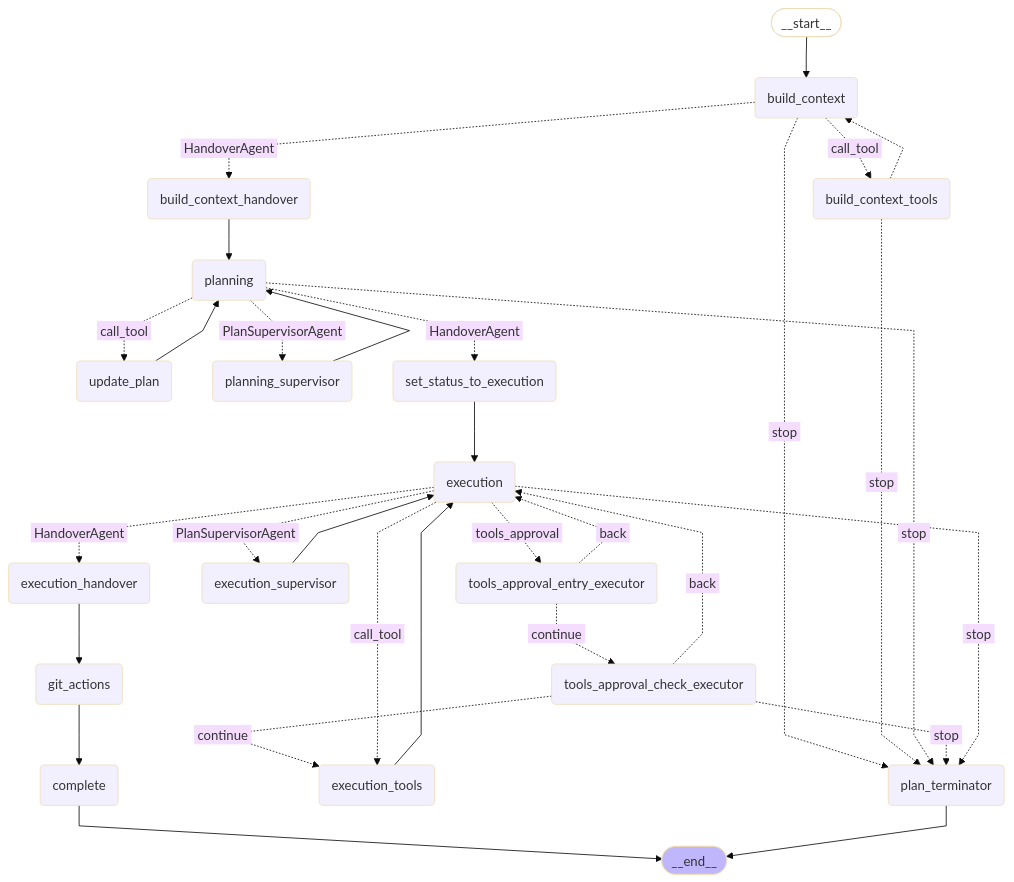
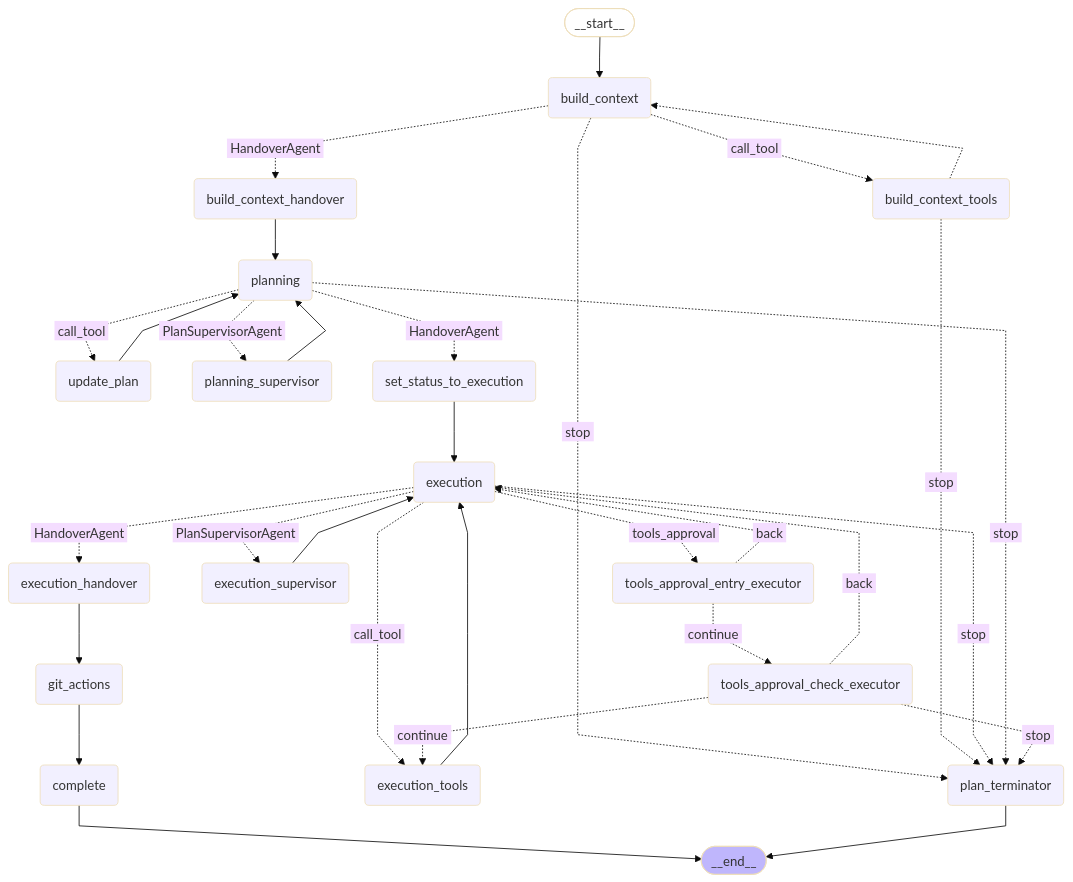
The fifth of 5 diagrams in docs/duo_workflow_service_graphs.md (flyisland/ai-gateway), drawn with Mermaid (base theme) before and after one commit. The commit also changed other lines of this file and 2 other files, not shown here.

````diff
--- a/docs/duo_workflow_service_graphs.md
+++ b/docs/duo_workflow_service_graphs.md
@@ -192,59 +192,59 @@
 ```mermaid
 ---
 config:
   flowchart:
     curve: linear
 ---
 graph TD;
     __start__([<p>__start__</p>]):::first
     build_context(build_context)
     build_context_tools(build_context_tools)
     build_context_handover(build_context_handover)
     planning(planning)
     update_plan(update_plan)
     planning_supervisor(planning_supervisor)
     plan_terminator(plan_terminator)
     set_status_to_execution(set_status_to_execution)
     tools_approval_entry_executor(tools_approval_entry_executor)
     tools_approval_check_executor(tools_approval_check_executor)
     execution(execution)
     execution_tools(execution_tools)
     execution_supervisor(execution_supervisor)
     execution_handover(execution_handover)
     git_actions(git_actions)
     complete(complete)
     __end__([<p>__end__</p>]):::last
     __start__ --> build_context;
+    build_context -. &nbsp;HandoverAgent&nbsp; .-> build_context_handover;
+    build_context -. &nbsp;call_tool&nbsp; .-> build_context_tools;
+    build_context -. &nbsp;stop&nbsp; .-> plan_terminator;
     build_context_handover --> planning;
-    complete --> __end__;
+    build_context_tools -.-> build_context;
+    build_context_tools -. &nbsp;stop&nbsp; .-> plan_terminator;
+    execution -. &nbsp;HandoverAgent&nbsp; .-> execution_handover;
+    execution -. &nbsp;PlanSupervisorAgent&nbsp; .-> execution_supervisor;
+    execution -. &nbsp;call_tool&nbsp; .-> execution_tools;
+    execution -. &nbsp;stop&nbsp; .-> plan_terminator;
+    execution -. &nbsp;tools_approval&nbsp; .-> tools_approval_entry_executor;
     execution_handover --> git_actions;
     execution_supervisor --> execution;
     execution_tools --> execution;
     git_actions --> complete;
-    plan_terminator --> __end__;
+    planning -. &nbsp;stop&nbsp; .-> plan_terminator;
+    planning -. &nbsp;PlanSupervisorAgent&nbsp; .-> planning_supervisor;
+    planning -. &nbsp;HandoverAgent&nbsp; .-> set_status_to_execution;
+    planning -. &nbsp;call_tool&nbsp; .-> update_plan;
     planning_supervisor --> planning;
     set_status_to_execution --> execution;
+    tools_approval_check_executor -. &nbsp;back&nbsp; .-> execution;
+    tools_approval_check_executor -. &nbsp;continue&nbsp; .-> execution_tools;
+    tools_approval_check_executor -. &nbsp;stop&nbsp; .-> plan_terminator;
+    tools_approval_entry_executor -. &nbsp;back&nbsp; .-> execution;
+    tools_approval_entry_executor -. &nbsp;continue&nbsp; .-> tools_approval_check_executor;
     update_plan --> planning;
-    build_context -. &nbsp;call_tool&nbsp; .-> build_context_tools;
-    build_context -. &nbsp;HandoverAgent&nbsp; .-> build_context_handover;
-    build_context -. &nbsp;stop&nbsp; .-> plan_terminator;
-    build_context_tools -.-> build_context;
-    build_context_tools -. &nbsp;stop&nbsp; .-> plan_terminator;
-    planning -. &nbsp;call_tool&nbsp; .-> update_plan;
-    planning -. &nbsp;PlanSupervisorAgent&nbsp; .-> planning_supervisor;
-    planning -. &nbsp;HandoverAgent&nbsp; .-> set_status_to_execution;
-    planning -. &nbsp;stop&nbsp; .-> plan_terminator;
-    tools_approval_entry_executor -. &nbsp;continue&nbsp; .-> tools_approval_check_executor;
-    tools_approval_entry_executor -. &nbsp;back&nbsp; .-> execution;
-    tools_approval_check_executor -. &nbsp;continue&nbsp; .-> execution_tools;
-    tools_approval_check_executor -. &nbsp;back&nbsp; .-> execution;
-    tools_approval_check_executor -. &nbsp;stop&nbsp; .-> plan_terminator;
-    execution -. &nbsp;tools_approval&nbsp; .-> tools_approval_entry_executor;
-    execution -. &nbsp;call_tool&nbsp; .-> execution_tools;
-    execution -. &nbsp;HandoverAgent&nbsp; .-> execution_handover;
-    execution -. &nbsp;PlanSupervisorAgent&nbsp; .-> execution_supervisor;
-    execution -. &nbsp;stop&nbsp; .-> plan_terminator;
+    complete --> __end__;
+    plan_terminator --> __end__;
     classDef default fill:#f2f0ff,line-height:1.2
     classDef first fill-opacity:0
     classDef last fill:#bfb6fc
 ```
````
